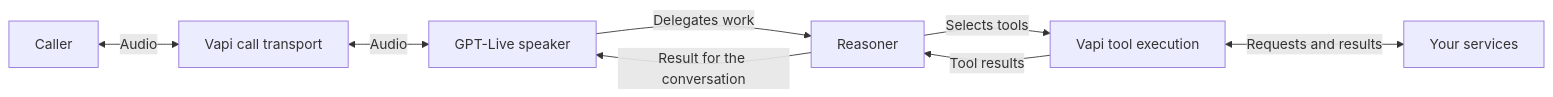
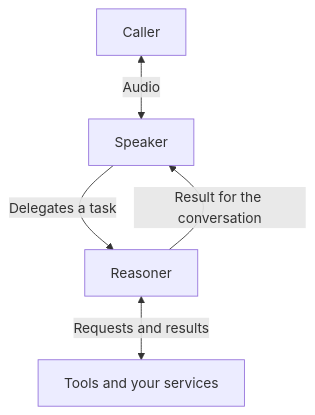
Before and after one commit to VapiAI/docs: the diagram in fern/gpt-live/overview.mdx, drawn with Mermaid. The commit also changed other lines of this file and 11 other files, not shown here.

Commit message:
docs: refine GPT-Live guides and conversation design

````diff
--- a/fern/gpt-live/overview.mdx
+++ b/fern/gpt-live/overview.mdx
@@ -18,10 +20,7 @@
 ```mermaid
-flowchart LR
-  C[Caller] <-->|Audio| V[Vapi call transport]
-  V <-->|Audio| S[GPT-Live speaker]
-  S -->|Delegates work| R[Reasoner]
-  R -->|Selects tools| T[Vapi tool execution]
-  T <-->|Requests and results| B[Your services]
-  T -->|Tool results| R
+flowchart TD
+  C[Caller] <-->|Audio| S[Speaker]
+  S -->|Delegates a task| R[Reasoner]
+  R <-->|Requests and results| T[Tools and your services]
   R -->|Result for the conversation| S
 ```
````
